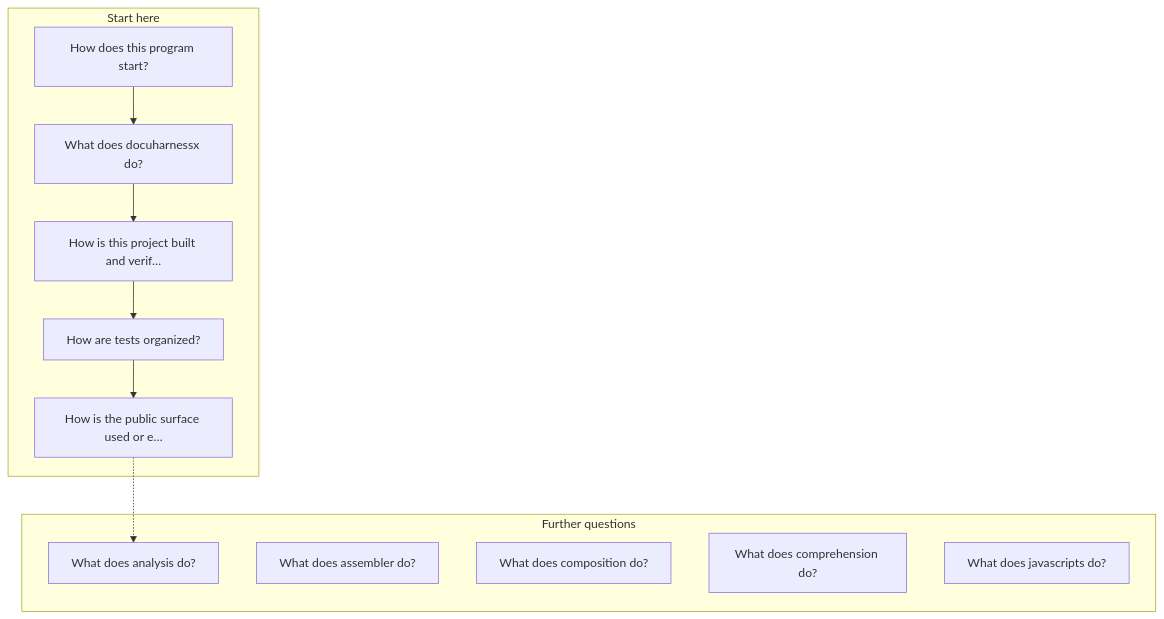
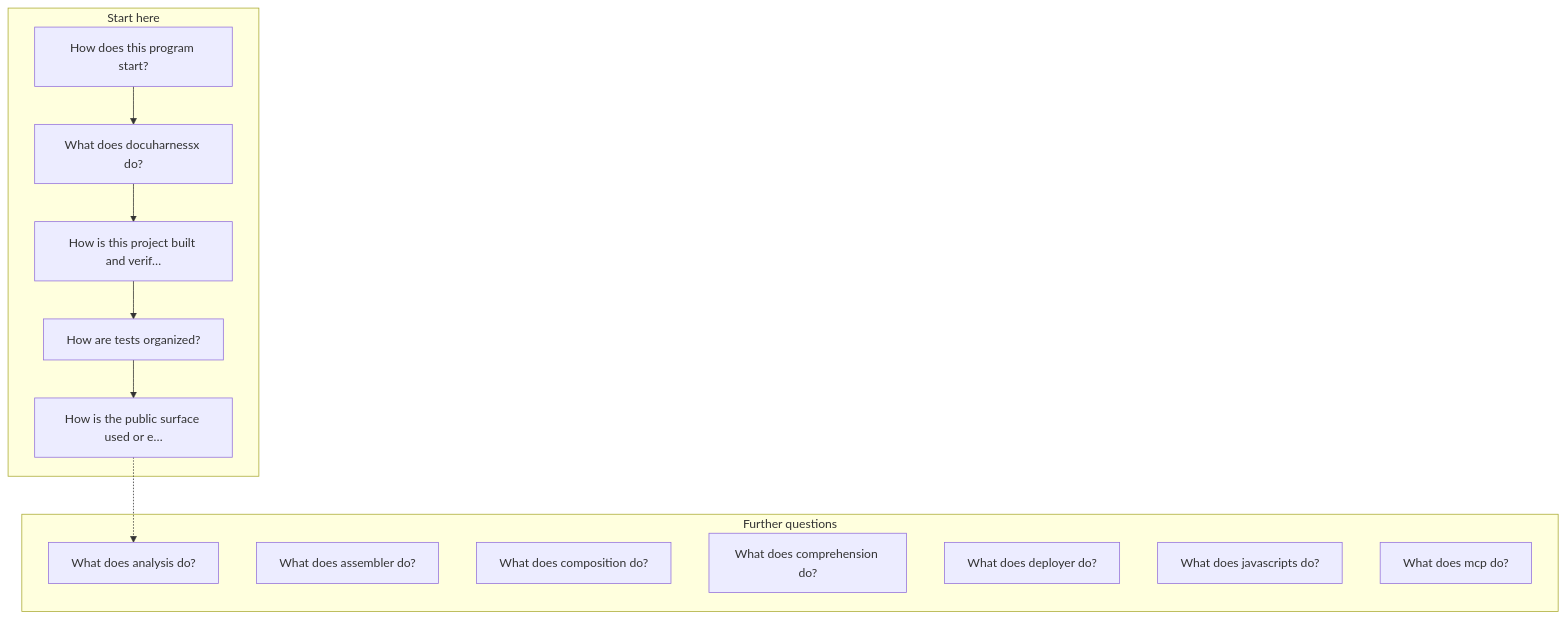
Before and after one commit to norandom/DocuHarnessX: the fifth of 9 diagrams in docs/index.md, drawn with Mermaid. The commit also changed other lines of this file and 5 other files, not shown here.

First line of the commit message:
fix(architect-narrative): home lede is the short path, not a question count

````diff
--- a/docs/index.md
+++ b/docs/index.md
@@ -138,27 +140,29 @@
 ```mermaid
 flowchart TB
  subgraph start["Start here"]
  s0["How does this program start?"]
  s1["What does docuharnessx do?"]
  s2["How is this project built and verif…"]
  s3["How are tests organized?"]
  s4["How is the public surface used or e…"]
  end
  s0 --> s1
  s1 --> s2
  s2 --> s3
  s3 --> s4
  subgraph more["Further questions"]
  m0["What does analysis do?"]
  m1["What does assembler do?"]
  m2["What does composition do?"]
  m3["What does comprehension do?"]
- m4["What does javascripts do?"]
+ m4["What does deployer do?"]
+ m5["What does javascripts do?"]
+ m6["What does mcp do?"]
  end
  s4 -.-> m0
  classDef person fill:#E8B923,stroke:#7A5100,color:#1A1300
  classDef system fill:#A8C8FF,stroke:#1E4BB8,color:#0B1F4A
  classDef container fill:#B9D4FE,stroke:#2F62C4,color:#0B1F4A
  classDef external fill:#D5DCE6,stroke:#4A5568,color:#1A202C
  classDef store fill:#7ED4C0,stroke:#0F766E,color:#042F2E
 ```
````
